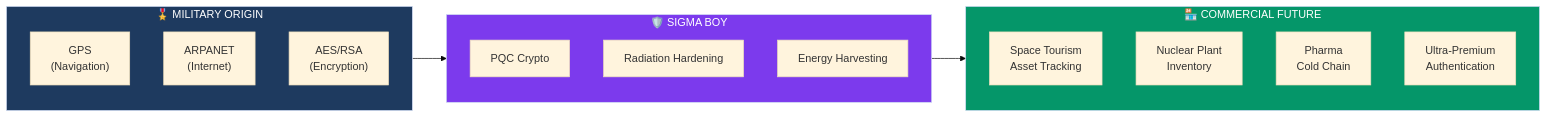
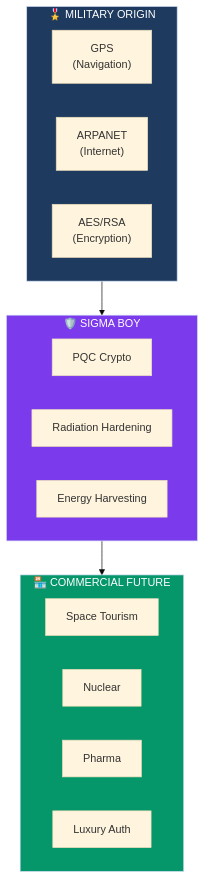
One commit to TAG-IT-NETWORK/tagit-docs changed the first of 4 diagrams in docs/hardware/sigma-boy.md. Above: the diagram before and after it, drawn with Mermaid (base theme).

Commit message:
docs(sigma-boy): improve technology transfer diagram layout
- Change flowchart from LR to TB (vertical stack)
- Add direction LR within subgraphs for horizontal items
- Shorten labels for better readability
- Use <br> instead of \n for line breaks

🤖 Generated with [Claude Code](https://claude.com/claude-code)

````diff
--- a/docs/hardware/sigma-boy.md
+++ b/docs/hardware/sigma-boy.md
@@ -64,28 +64,31 @@
 ```mermaid
-flowchart LR
+flowchart TB
     subgraph MILITARY["🎖️ MILITARY ORIGIN"]
-        GPS["GPS\n(Navigation)"]
-        INTERNET["ARPANET\n(Internet)"]
-        CRYPTO["AES/RSA\n(Encryption)"]
+        direction LR
+        GPS["GPS<br>(Navigation)"]
+        INTERNET["ARPANET<br>(Internet)"]
+        CRYPTO["AES/RSA<br>(Encryption)"]
     end
 
     subgraph SIGMA["🛡️ SIGMA BOY"]
+        direction LR
         PQC["PQC Crypto"]
         RAD["Radiation Hardening"]
         HARVEST["Energy Harvesting"]
     end
 
     subgraph COMMERCIAL["🏪 COMMERCIAL FUTURE"]
-        SPACE_TOURISM["Space Tourism\nAsset Tracking"]
-        NUCLEAR["Nuclear Plant\nInventory"]
-        PHARMA["Pharma\nCold Chain"]
-        LUXURY["Ultra-Premium\nAuthentication"]
+        direction LR
+        SPACE["Space Tourism"]
+        NUCLEAR["Nuclear"]
+        PHARMA["Pharma"]
+        LUXURY["Luxury Auth"]
     end
 
     MILITARY --> SIGMA
     SIGMA --> COMMERCIAL
 
     style MILITARY fill:#1e3a5f,color:#fff
     style SIGMA fill:#7c3aed,color:#fff
     style COMMERCIAL fill:#059669,color:#fff
 ```
````
